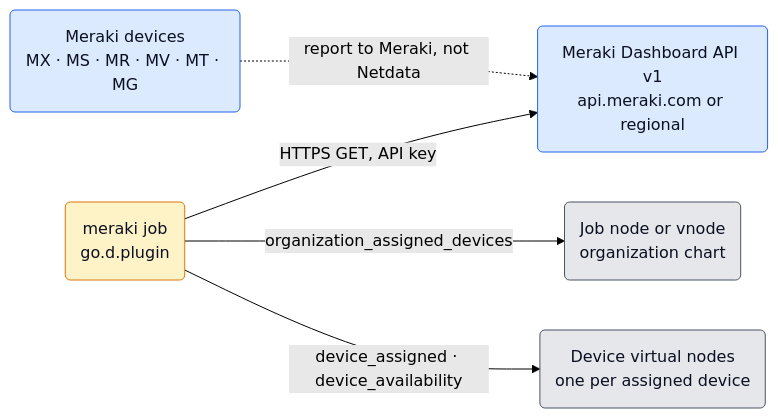
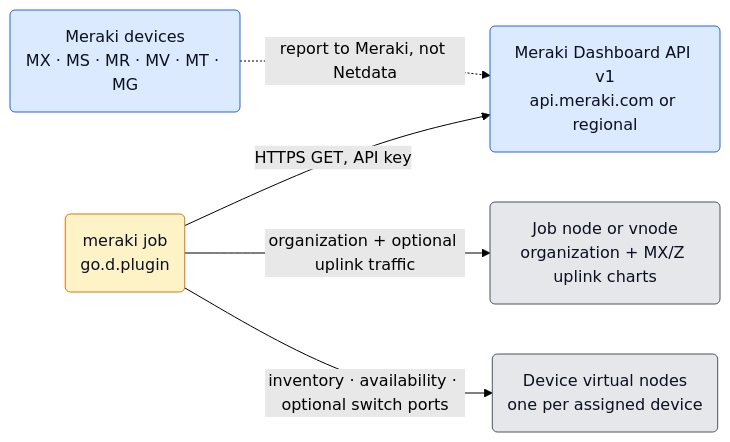
One commit to netdata/netdata changed the first of 4 diagrams in src/go/plugin/go.d/collector/meraki/ARCHITECTURE.md. Above: the diagram before and after it, drawn with Mermaid (forest theme). The commit also changed other lines of this file and 22 other files, not shown here.

Commit message:
feat(go.d): collect Meraki switch and uplink traffic

````diff
--- a/src/go/plugin/go.d/collector/meraki/ARCHITECTURE.md
+++ b/src/go/plugin/go.d/collector/meraki/ARCHITECTURE.md
@@ -56,20 +60,20 @@
 ```mermaid
 flowchart LR
     Devices("Meraki devices<br/>MX · MS · MR · MV · MT · MG")
     Cloud("Meraki Dashboard API v1<br/>api.meraki.com or regional")
     Job("meraki job<br/>go.d.plugin")
-    JobNode("Job node or vnode<br/>organization chart")
+    JobNode("Job node or vnode<br/>organization + MX/Z uplink charts")
     DevNodes("Device virtual nodes<br/>one per assigned device")
 
     Devices -.->|"report to Meraki, not Netdata"| Cloud
     Job -->|"HTTPS GET, API key"| Cloud
-    Job -->|"organization_assigned_devices"| JobNode
-    Job -->|"device_assigned · device_availability"| DevNodes
+    Job -->|"organization + optional uplink traffic"| JobNode
+    Job -->|"inventory · availability · optional switch ports"| DevNodes
 
     classDef ext fill:#dbeafe,stroke:#2563eb,color:#0b1021;
     classDef core fill:#fef3c7,stroke:#d97706,color:#0b1021;
     classDef out fill:#e5e7eb,stroke:#4b5563,color:#0b1021;
     class Devices,Cloud ext;
     class Job core;
     class JobNode,DevNodes out;
 ```
````
